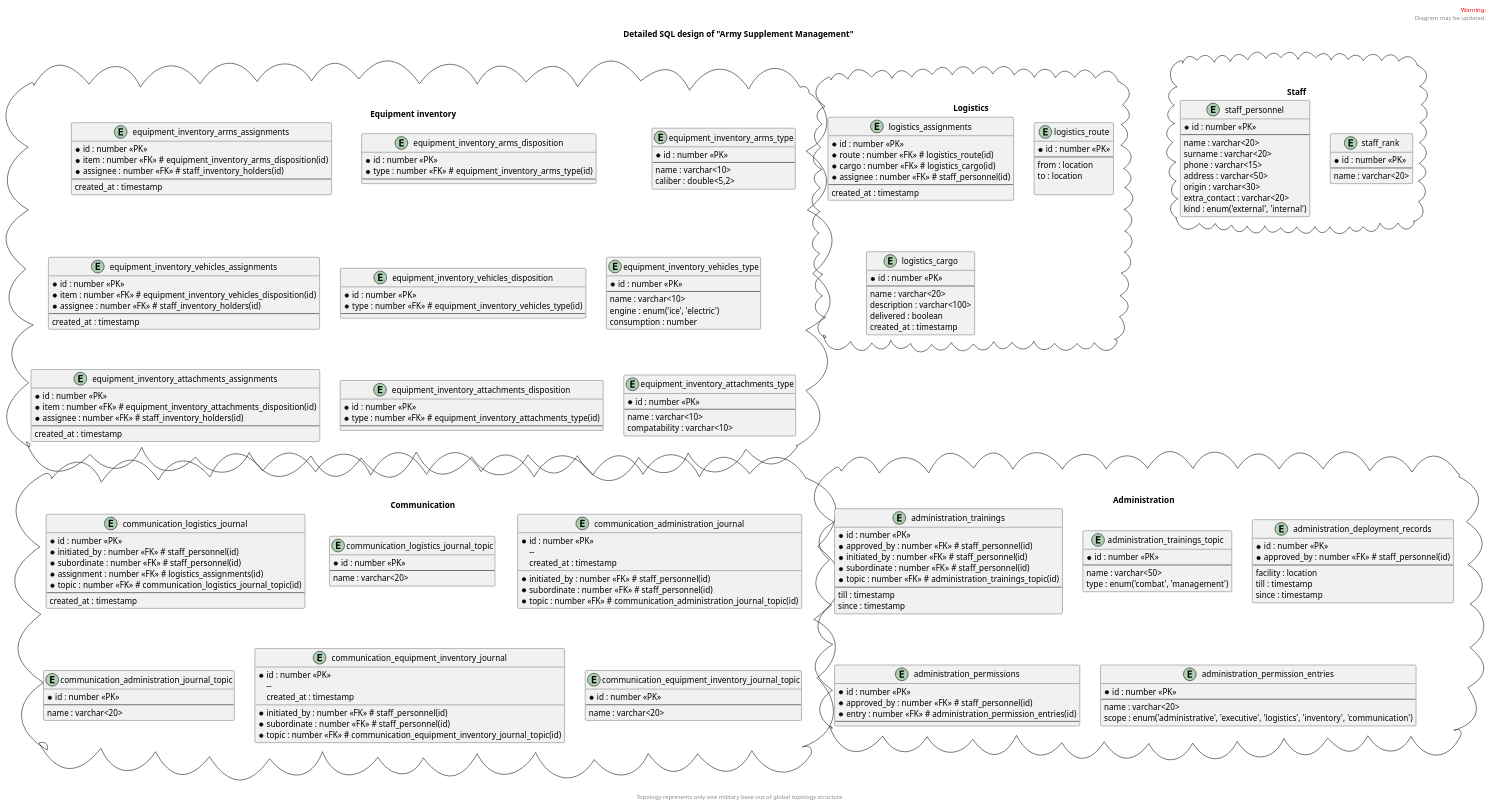
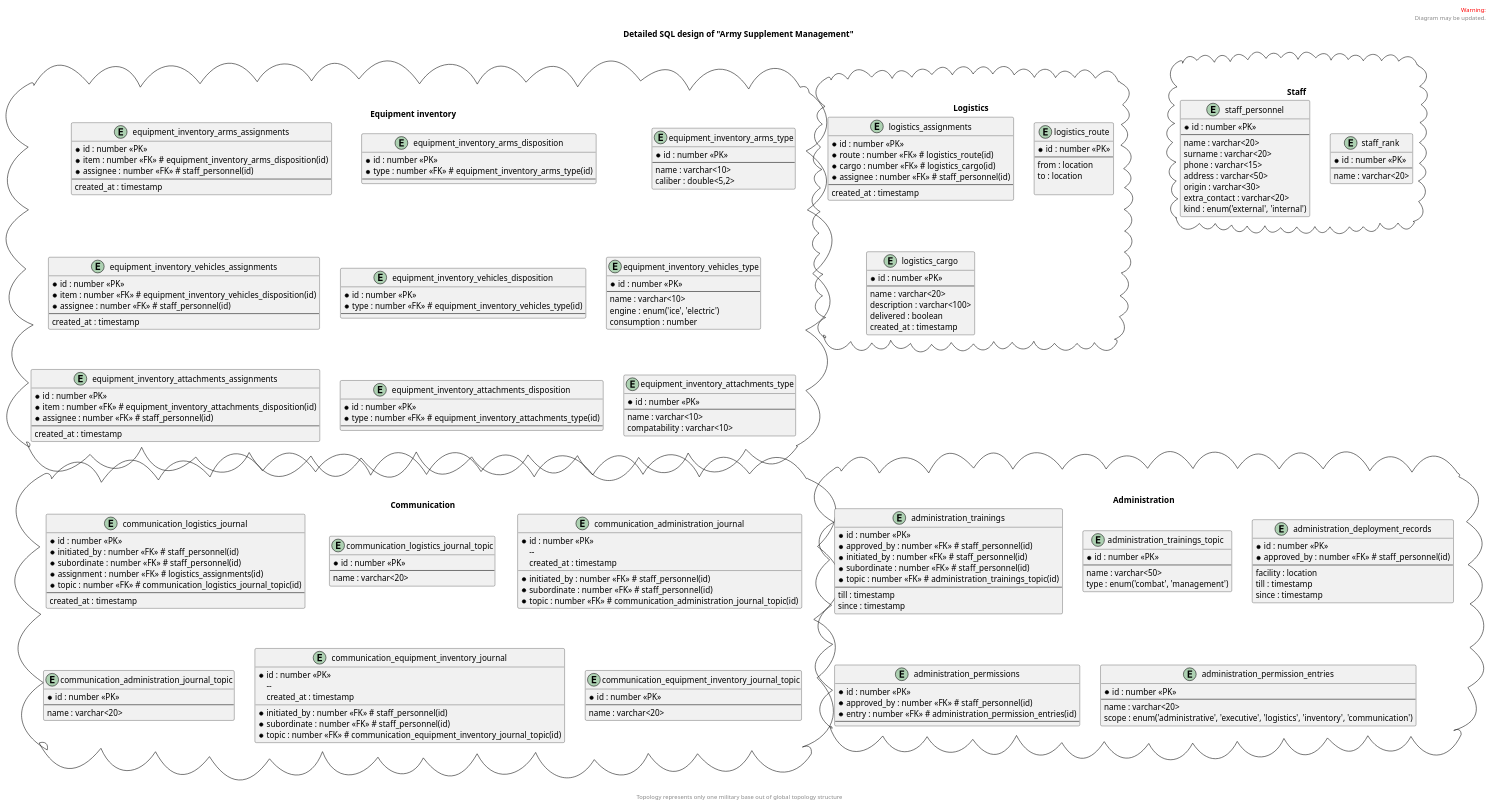
Before and after one commit to YarikRevich/army-supplement-management: the diagram in docs/examples/detailed-design-sql.md, drawn with PlantUML. The commit also changed 1 other file, not shown here.

Commit message:
fix: fixed sql diagram

```diff
--- a/docs/examples/detailed-design-sql.md
+++ b/docs/examples/detailed-design-sql.md
@@ -15,7 +15,7 @@
 entity "equipment_inventory_arms_assignments" {
     *id : number <<PK>>
     *item : number <<FK>> # equipment_inventory_arms_disposition(id)
-    *assignee : number <<FK>> # staff_inventory_holders(id)
+    *assignee : number <<FK>> # staff_personnel(id)
     --
     created_at : timestamp
 }
@@ -36,7 +36,7 @@
 entity "equipment_inventory_vehicles_assignments" {
     *id : number <<PK>>
     *item : number <<FK>> # equipment_inventory_vehicles_disposition(id)
-    *assignee : number <<FK>> # staff_inventory_holders(id)
+    *assignee : number <<FK>> # staff_personnel(id)
     --
     created_at : timestamp
 }
@@ -58,7 +58,7 @@
 entity "equipment_inventory_attachments_assignments" {
     *id : number <<PK>>
     *item : number <<FK>> # equipment_inventory_attachments_disposition(id)
-    *assignee : number <<FK>> # staff_inventory_holders(id)
+    *assignee : number <<FK>> # staff_personnel(id)
     --
     created_at : timestamp
 }
```
